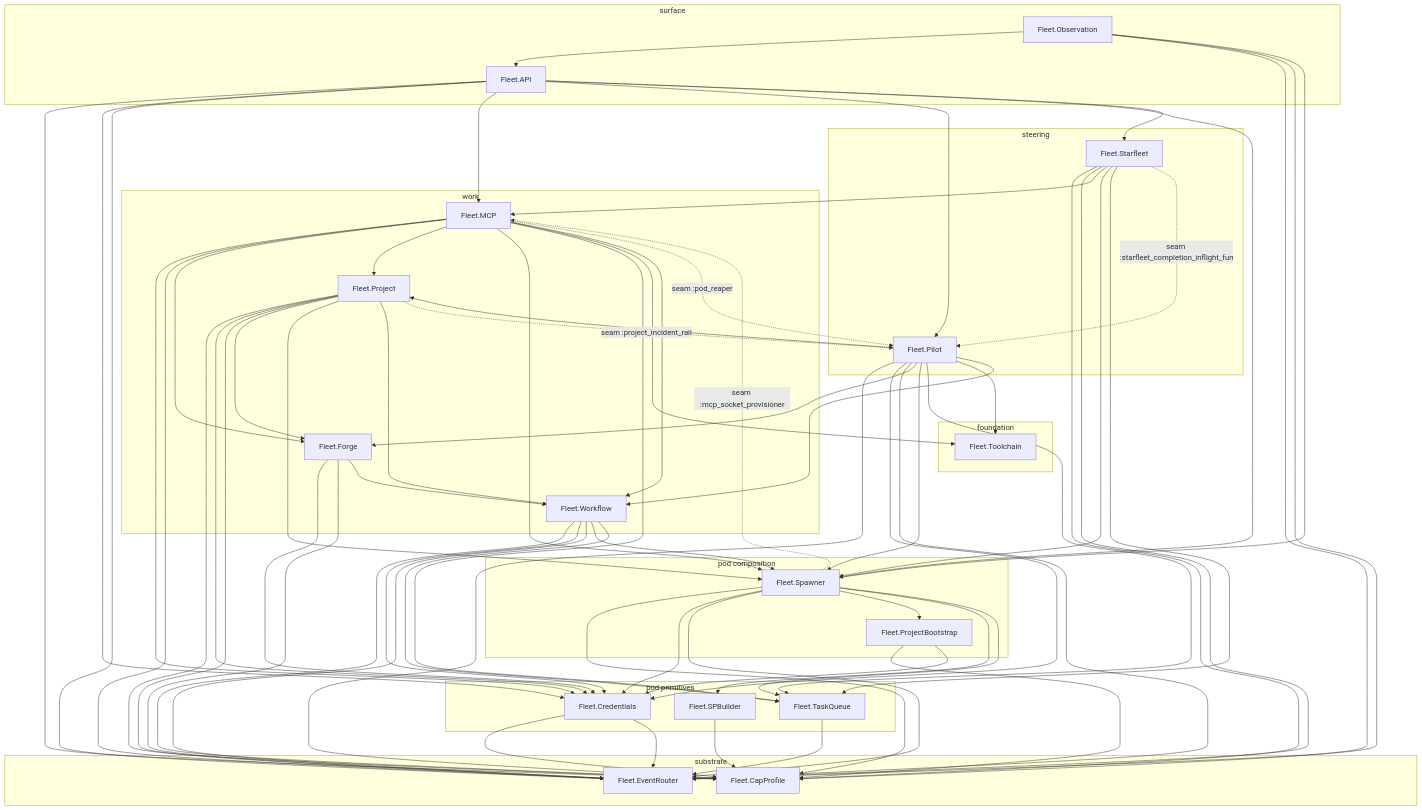
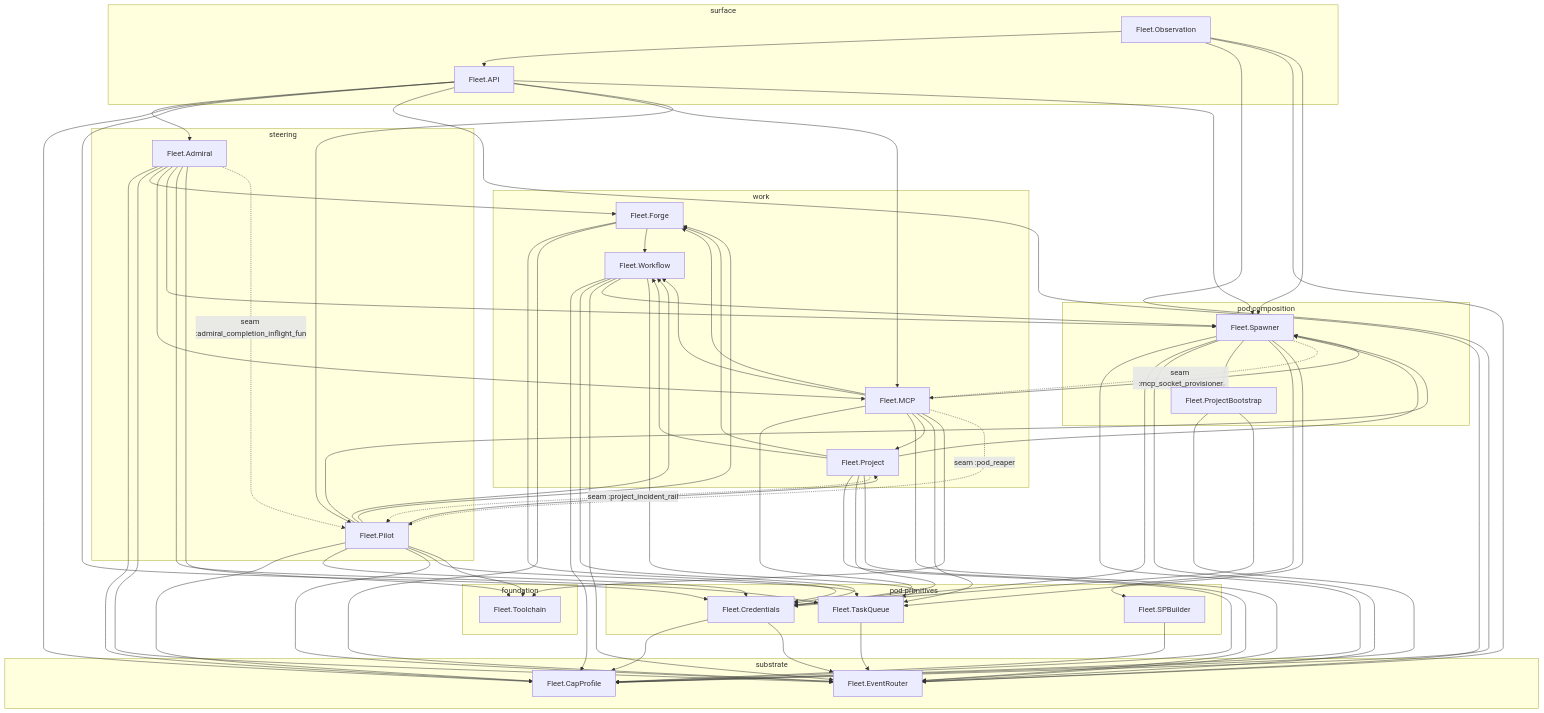
The diagram in fleet/README.md (zUrp-Embedded/LCARS-fleet), drawn with Mermaid before and after one commit. The commit also changed 32 other files, not shown here.

````diff
--- a/fleet/README.md
+++ b/fleet/README.md
@@ -34,8 +34,8 @@
         Fleet_Observation["Fleet.Observation"]
     end
     subgraph steering["steering"]
+        Fleet_Admiral["Fleet.Admiral"]
         Fleet_Pilot["Fleet.Pilot"]
-        Fleet_Starfleet["Fleet.Starfleet"]
     end
     subgraph work["work"]
         Fleet_Forge["Fleet.Forge"]
@@ -59,13 +59,20 @@
         Fleet_CapProfile["Fleet.CapProfile"]
         Fleet_EventRouter["Fleet.EventRouter"]
     end
+    Fleet_API --> Fleet_Admiral
     Fleet_API --> Fleet_CapProfile
     Fleet_API --> Fleet_Credentials
     Fleet_API --> Fleet_EventRouter
     Fleet_API --> Fleet_MCP
     Fleet_API --> Fleet_Pilot
     Fleet_API --> Fleet_Spawner
-    Fleet_API --> Fleet_Starfleet
+    Fleet_Admiral --> Fleet_CapProfile
+    Fleet_Admiral --> Fleet_EventRouter
+    Fleet_Admiral --> Fleet_Forge
+    Fleet_Admiral --> Fleet_MCP
+    Fleet_Admiral --> Fleet_Spawner
+    Fleet_Admiral --> Fleet_TaskQueue
+    Fleet_Admiral --> Fleet_Toolchain
     Fleet_Credentials --> Fleet_CapProfile
     Fleet_Credentials --> Fleet_EventRouter
     Fleet_Forge --> Fleet_Credentials
@@ -107,11 +114,6 @@
     Fleet_Spawner --> Fleet_ProjectBootstrap
     Fleet_Spawner --> Fleet_SPBuilder
     Fleet_Spawner --> Fleet_TaskQueue
-    Fleet_Starfleet --> Fleet_CapProfile
-    Fleet_Starfleet --> Fleet_EventRouter
-    Fleet_Starfleet --> Fleet_MCP
-    Fleet_Starfleet --> Fleet_Spawner
-    Fleet_Starfleet --> Fleet_TaskQueue
     Fleet_TaskQueue --> Fleet_EventRouter
     Fleet_Workflow --> Fleet_CapProfile
     Fleet_Workflow --> Fleet_Credentials
@@ -120,6 +122,6 @@
     Fleet_Workflow --> Fleet_TaskQueue
     Fleet_Spawner -. "seam :mcp_socket_provisioner" .-> Fleet_MCP
     Fleet_MCP -. "seam :pod_reaper" .-> Fleet_Pilot
-    Fleet_Starfleet -. "seam :starfleet_completion_inflight_fun" .-> Fleet_Pilot
+    Fleet_Admiral -. "seam :admiral_completion_inflight_fun" .-> Fleet_Pilot
     Fleet_Project -. "seam :project_incident_rail" .-> Fleet_Pilot
 ```
````
